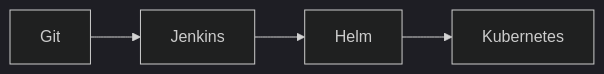
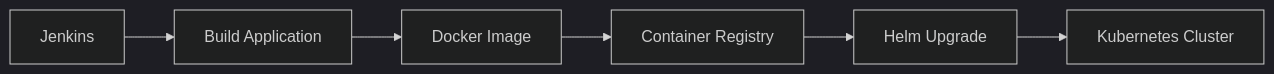
Before and after one commit to akshayachar03/DevOps-Learning: the third of 13 diagrams in 02-Detailed-Notes/16-Helm/17-CI-CD Integration.md, drawn with Mermaid (dark theme). The commit also changed other lines of this file, not shown here.

````diff
--- a/02-Detailed-Notes/16-Helm/17-CI-CD Integration.md
+++ b/02-Detailed-Notes/16-Helm/17-CI-CD Integration.md
@@ -302,5 +274,10 @@
 ```mermaid
 flowchart LR
 
-Git --> Jenkins --> Helm --> Kubernetes
+A[Jenkins]
+A --> B[Build Application]
+B --> C[Docker Image]
+C --> D[Container Registry]
+D --> E[Helm Upgrade]
+E --> F[Kubernetes Cluster]
 ```
````
